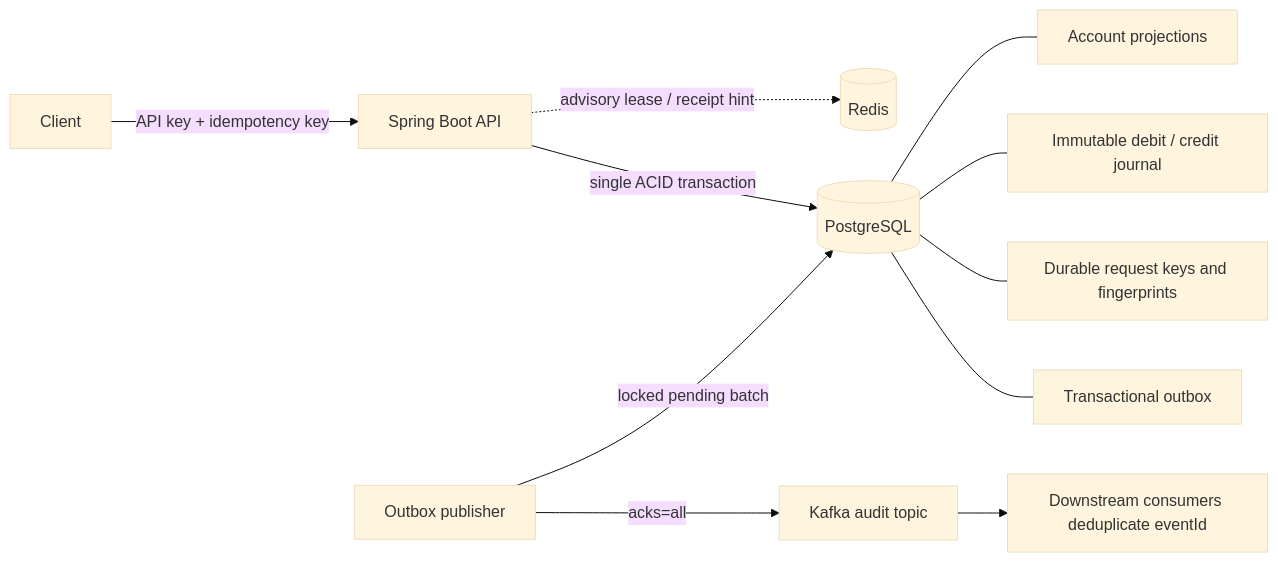
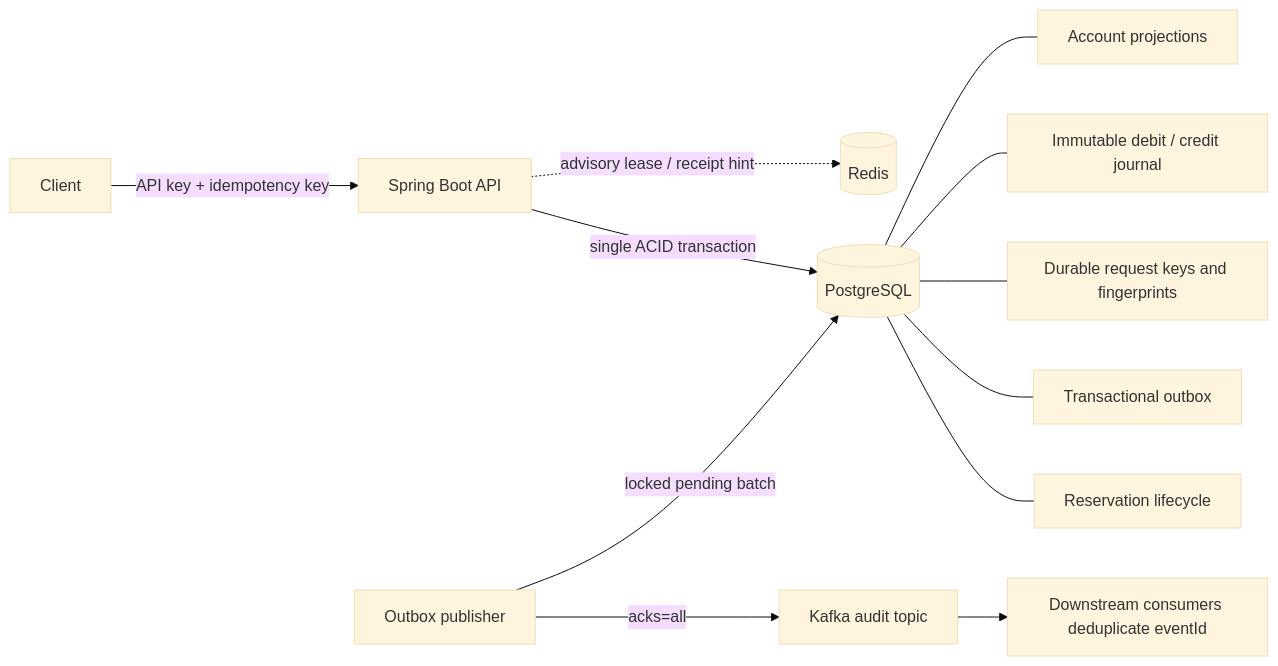
One commit to AyushB900/AetherCore changed the diagram in docs/architecture.md. Above: the diagram before and after it, drawn with Mermaid (base theme). The commit also changed other lines of this file and 38 other files, not shown here.

````diff
--- a/docs/architecture.md
+++ b/docs/architecture.md
@@ -3,13 +3,14 @@
 ```mermaid
 flowchart LR
   Client -->|API key + idempotency key| API[Spring Boot API]
   API -. advisory lease / receipt hint .-> Redis[(Redis)]
   API -->|single ACID transaction| PG[(PostgreSQL)]
   PG --- Accounts[Account projections]
   PG --- Journal[Immutable debit / credit journal]
   PG --- Keys[Durable request keys and fingerprints]
   PG --- Outbox[Transactional outbox]
+  PG --- Holds[Reservation lifecycle]
   Publisher[Outbox publisher] -->|locked pending batch| PG
   Publisher -->|acks=all| Kafka[Kafka audit topic]
   Kafka --> Audit[Downstream consumers deduplicate eventId]
 ```
````
